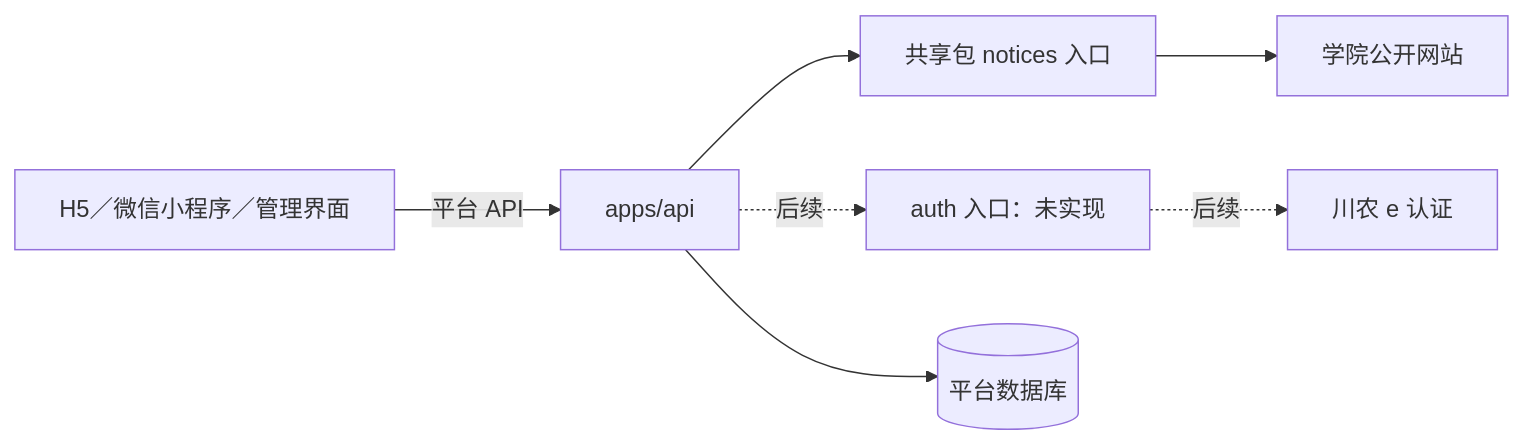
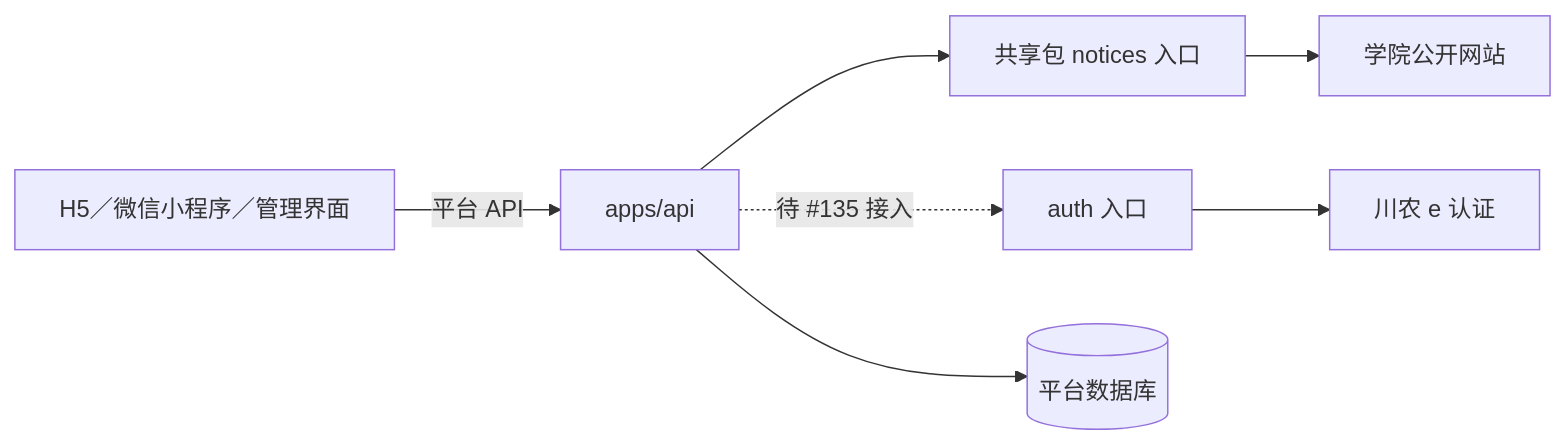
The diagram in docs/sicau-connectors.md (HeHuoDa/HeHuoDa), drawn with Mermaid before and after one commit. The commit also changed other lines of this file and 2 other files, not shown here.

````diff
--- a/docs/sicau-connectors.md
+++ b/docs/sicau-connectors.md
@@ -43,9 +44,9 @@
 ```mermaid
 flowchart LR
     UI[H5／微信小程序／管理界面] -->|平台 API| API[apps/api]
     API --> Notices[共享包 notices 入口]
-    API -. 后续 .-> Auth[auth 入口：未实现]
+    API -. 待 #135 接入 .-> Auth[auth 入口]
     Notices --> Sites[学院公开网站]
-    Auth -. 后续 .-> School[川农 e 认证]
+    Auth --> School[川农 e 认证]
     API --> DB[(平台数据库)]
 ```
````
